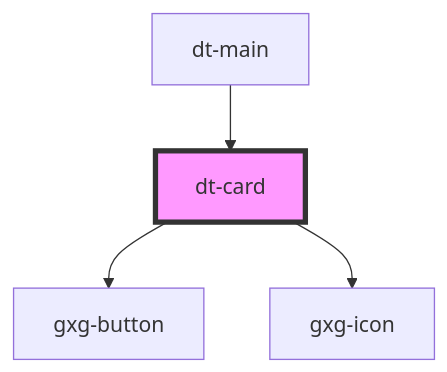
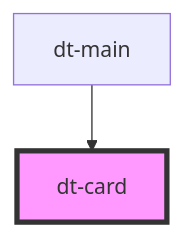
One commit to genexuslabs/design-tokens-editor changed the diagram in src/components/card/readme.md. Above: the diagram before and after it, drawn with Mermaid. The commit also changed other lines of this file and 19 other files, not shown here.

````diff
--- a/src/components/card/readme.md
+++ b/src/components/card/readme.md
@@ -47,7 +42,5 @@
 ```mermaid
 graph TD;
-  dt-card --> gxg-button
-  dt-card --> gxg-icon
   dt-main --> dt-card
   style dt-card fill:#f9f,stroke:#333,stroke-width:4px
 ```
````
